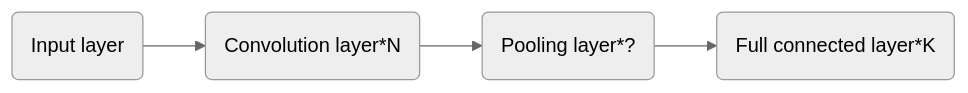
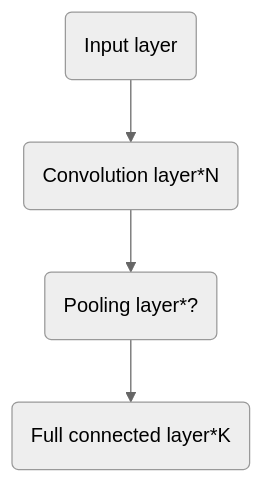
Before and after one commit to refraction-ray/general-notes: the diagram in lectures/ML in a Nutshell.md, drawn with Mermaid (neutral theme). The commit also changed other lines of this file and 1 other file, not shown here.

````diff
--- a/lectures/ML in a Nutshell.md
+++ b/lectures/ML in a Nutshell.md
@@ -549,6 +572,6 @@
 ```mermaid
-graph LR
+graph TD
 A(Input layer)--> B(Convolution layer*N)
 B --> C(Pooling layer*?)
 C--> D(Full connected layer*K)
 ```
````
